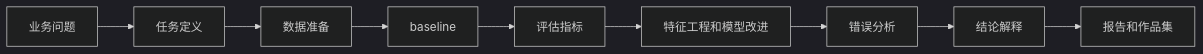
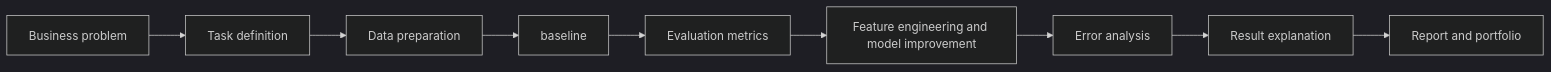
One commit to oudbiao/AI-fullstack-course changed the second of 2 diagrams in docs/ch05-machine-learning/ch06-projects/00-roadmap.md. Above: the diagram before and after it, drawn with Mermaid (dark theme). The commit also changed other lines of this file and 1406 other files, not shown here.

````diff
--- a/docs/ch05-machine-learning/ch06-projects/00-roadmap.md
+++ b/docs/ch05-machine-learning/ch06-projects/00-roadmap.md
@@ -46,11 +46,11 @@
 ```mermaid
 flowchart LR
-  A[业务问题] --> B[任务定义]
-  B --> C[数据准备]
+  A[Business problem] --> B[Task definition]
+  B --> C[Data preparation]
   C --> D[baseline]
-  D --> E[评估指标]
-  E --> F[特征工程和模型改进]
-  F --> G[错误分析]
-  G --> H[结论解释]
-  H --> I[报告和作品集]
+  D --> E[Evaluation metrics]
+  E --> F[Feature engineering and model improvement]
+  F --> G[Error analysis]
+  G --> H[Result explanation]
+  H --> I[Report and portfolio]
 ```
````
